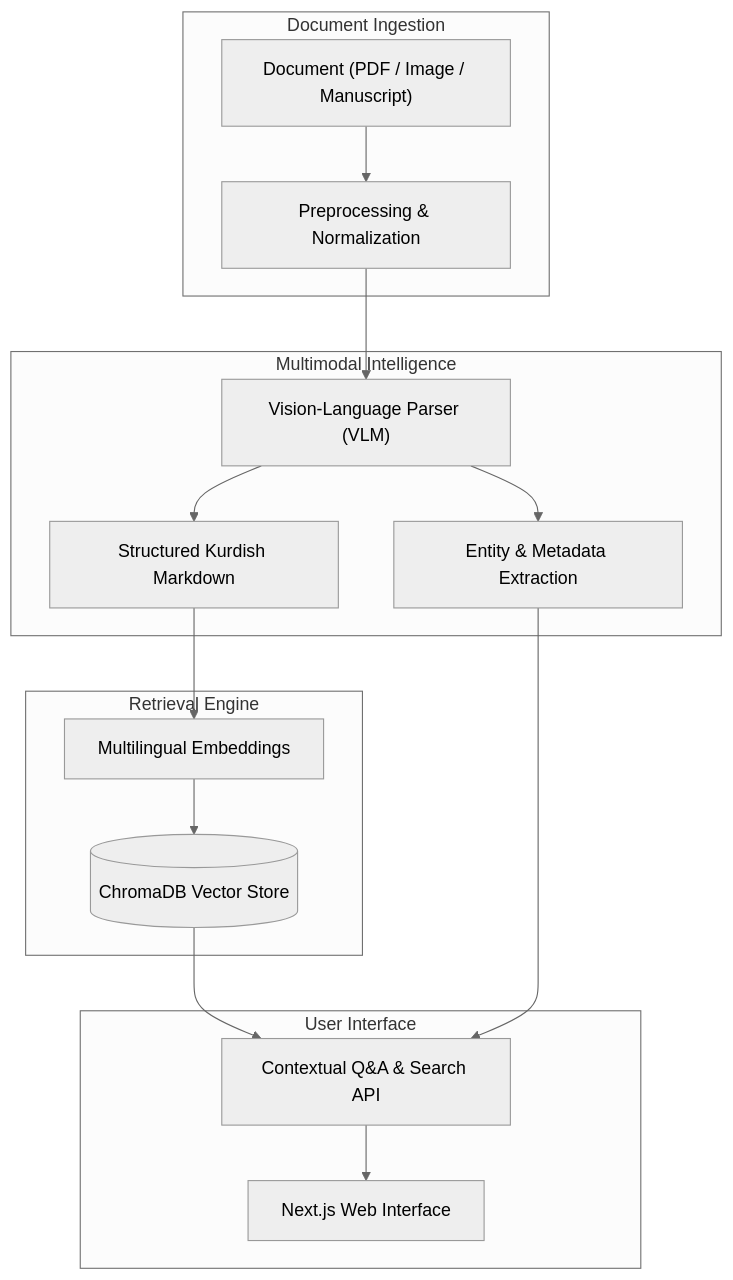
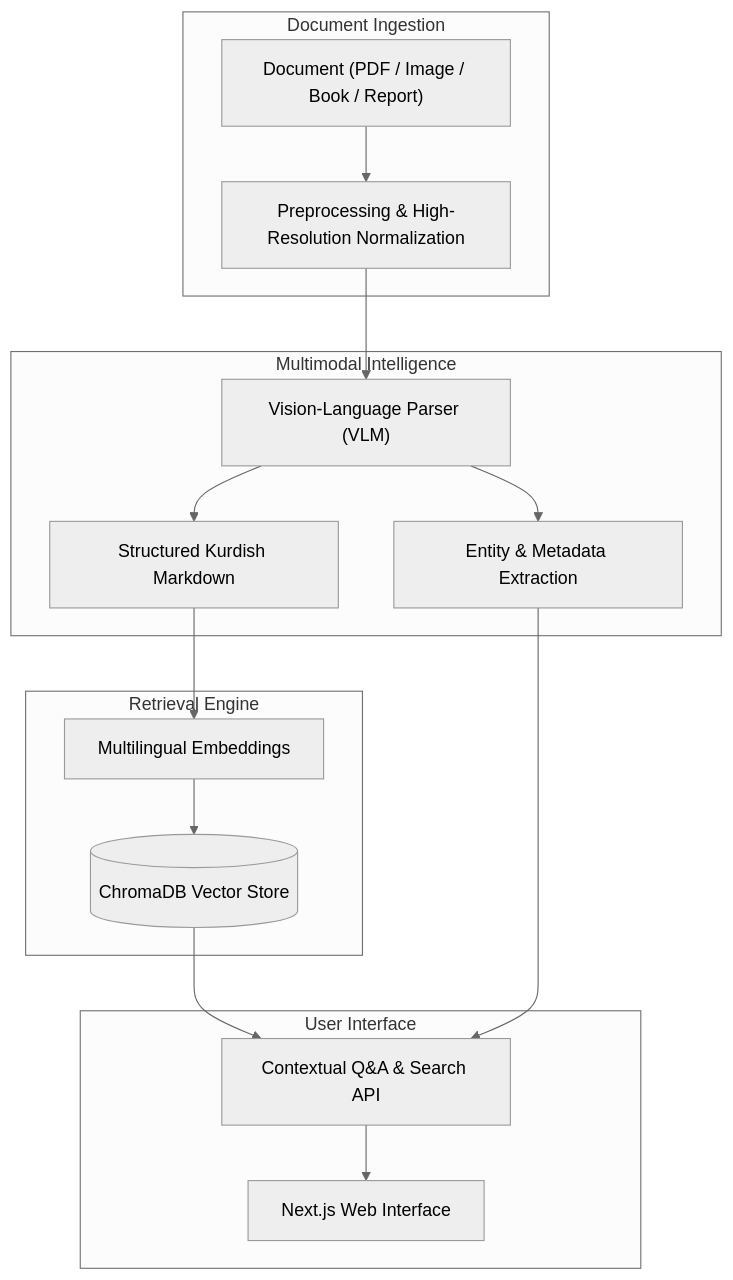
One commit to ahmadw13/kurd-doc-intel changed the diagram in README.md. Above: the diagram before and after it, drawn with Mermaid (neutral theme). The commit also changed other lines of this file, not shown here.

Commit message:
fix: update README to enhance clarity on Kurdish document challenges and capabilities

````diff
--- a/README.md
+++ b/README.md
@@ -19,32 +19,32 @@
 ```mermaid
 flowchart TD
     subgraph Input [Document Ingestion]
-        Doc["Document (PDF / Image / Manuscript)"]
-        Pre["Preprocessing & Normalization"]
+        Doc["Document (PDF / Image / Book / Report)"]
+        Pre["Preprocessing & High-Resolution Normalization"]
         Doc --> Pre
     end
 
     subgraph Extraction [Multimodal Intelligence]
         VLM["Vision-Language Parser (VLM)"]
         Markdown["Structured Kurdish Markdown"]
         Metadata["Entity & Metadata Extraction"]
         Pre --> VLM
         VLM --> Markdown
         VLM --> Metadata
     end
 
     subgraph Indexing [Retrieval Engine]
         Embed["Multilingual Embeddings"]
         VectorDB[("ChromaDB Vector Store")]
         Markdown --> Embed
         Embed --> VectorDB
     end
 
     subgraph Application [User Interface]
         UI["Next.js Web Interface"]
         QA["Contextual Q&A & Search API"]
         VectorDB --> QA
         Metadata --> QA
         QA --> UI
     end
 ```
````
